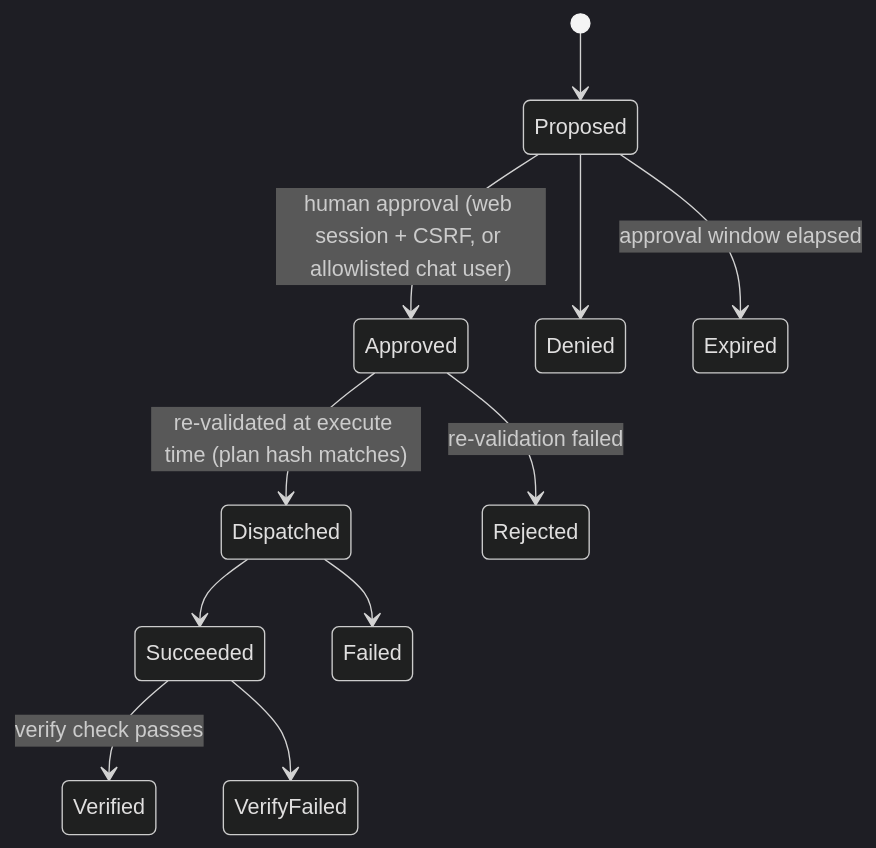
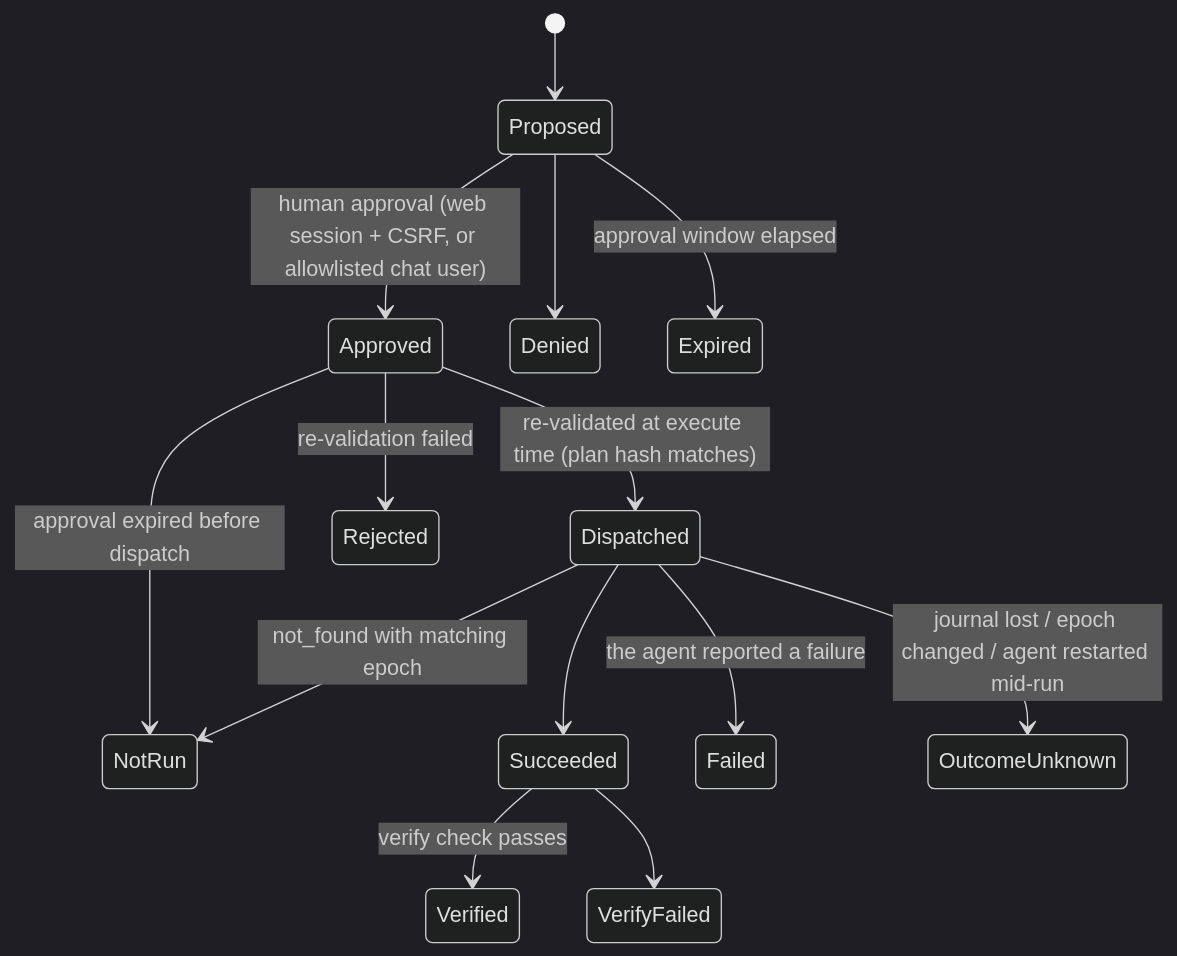
The fourth of 5 diagrams in ARCHITECTURE.md (RoastSlav/domovoi), drawn with Mermaid (dark theme) before and after one commit. The commit also changed 1 other file, not shown here.

Commit message:
docs: describe reconciliation and the outcomes it records

````diff
--- a/ARCHITECTURE.md
+++ b/ARCHITECTURE.md
@@ -162,13 +162,16 @@
 ```mermaid
 stateDiagram-v2
   [*] --> Proposed
   Proposed --> Approved: human approval (web session + CSRF, or allowlisted chat user)
   Proposed --> Denied
   Proposed --> Expired: approval window elapsed
   Approved --> Dispatched: re-validated at execute time (plan hash matches)
   Approved --> Rejected: re-validation failed
+  Approved --> NotRun: approval expired before dispatch
   Dispatched --> Succeeded
-  Dispatched --> Failed
+  Dispatched --> Failed: the agent reported a failure
+  Dispatched --> OutcomeUnknown: journal lost / epoch changed / agent restarted mid-run
+  Dispatched --> NotRun: not_found with matching epoch
   Succeeded --> Verified: verify check passes
   Succeeded --> VerifyFailed
 ```
````
